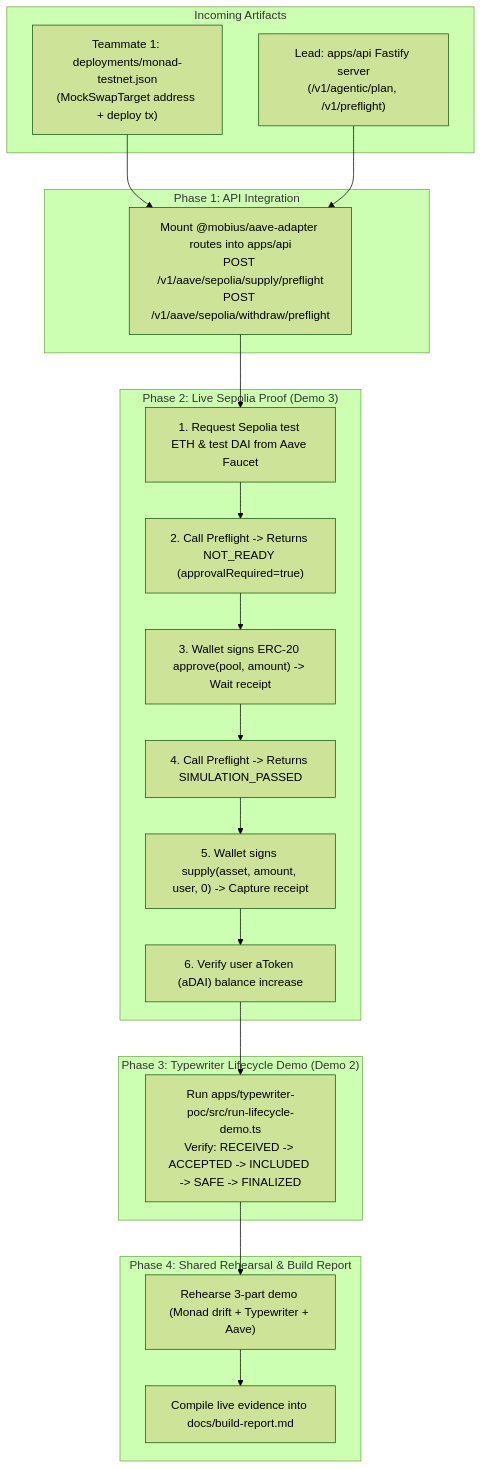
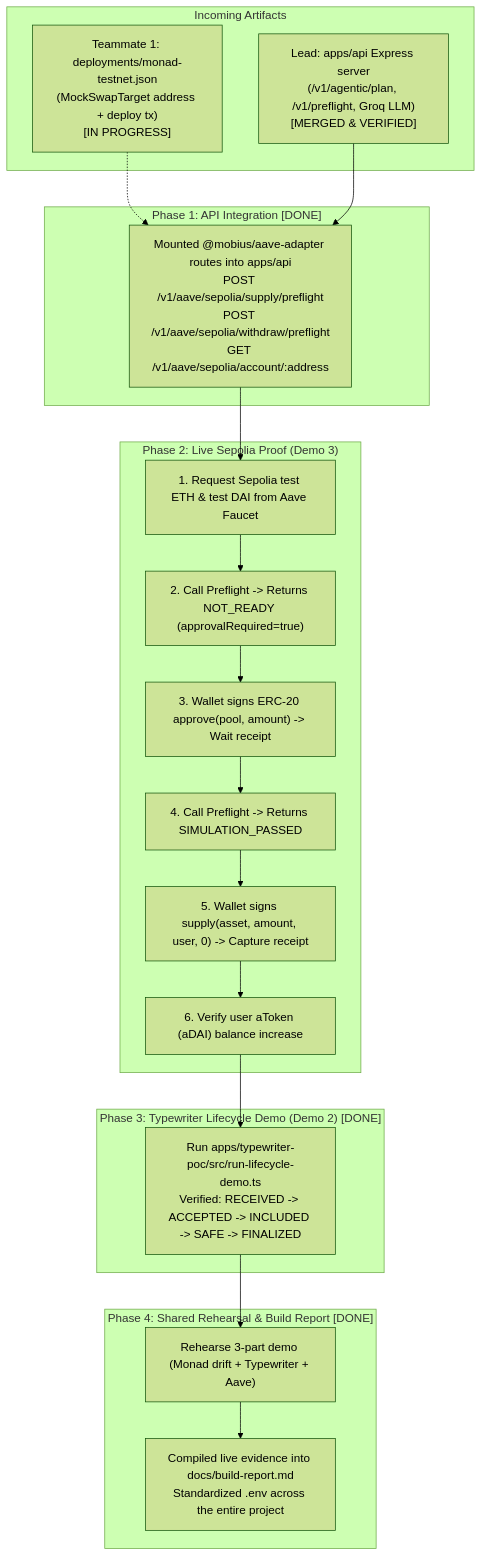
One commit to Sayandeep-the-coder/Mobius changed the diagram in docs/post-handover-tasks.md. Above: the diagram before and after it, drawn with Mermaid (forest theme). The commit also changed other lines of this file, not shown here.

Commit message:
docs: update post-handover-tasks.md with completed Express Aave integration and environment status

````diff
--- a/docs/post-handover-tasks.md
+++ b/docs/post-handover-tasks.md
@@ -14,36 +15,36 @@
 ```mermaid
 flowchart TD
     subgraph Handover["Incoming Artifacts"]
-        T1["Teammate 1: deployments/monad-testnet.json\n(MockSwapTarget address + deploy tx)"]
-        Lead["Lead: apps/api Fastify server\n(/v1/agentic/plan, /v1/preflight)"]
+        T1["Teammate 1: deployments/monad-testnet.json\n(MockSwapTarget address + deploy tx)\n[IN PROGRESS]"]
+        Lead["Lead: apps/api Express server\n(/v1/agentic/plan, /v1/preflight, Groq LLM)\n[MERGED & VERIFIED]"]
     end
 
-    subgraph Phase1["Phase 1: API Integration"]
-        Mount["Mount @mobius/aave-adapter routes into apps/api\nPOST /v1/aave/sepolia/supply/preflight\nPOST /v1/aave/sepolia/withdraw/preflight"]
+    subgraph Phase1["Phase 1: API Integration [DONE]"]
+        Mount["Mounted @mobius/aave-adapter routes into apps/api\nPOST /v1/aave/sepolia/supply/preflight\nPOST /v1/aave/sepolia/withdraw/preflight\nGET /v1/aave/sepolia/account/:address"]
     end
 
     subgraph Phase2["Phase 2: Live Sepolia Proof (Demo 3)"]
         Faucet["1. Request Sepolia test ETH & test DAI from Aave Faucet"]
         Preflight1["2. Call Preflight -> Returns NOT_READY (approvalRequired=true)"]
         Approve["3. Wallet signs ERC-20 approve(pool, amount) -> Wait receipt"]
         Preflight2["4. Call Preflight -> Returns SIMULATION_PASSED"]
         Supply["5. Wallet signs supply(asset, amount, user, 0) -> Capture receipt"]
         Verify["6. Verify user aToken (aDAI) balance increase"]
     end
 
-    subgraph Phase3["Phase 3: Typewriter Lifecycle Demo (Demo 2)"]
-        Typewriter["Run apps/typewriter-poc/src/run-lifecycle-demo.ts\nVerify: RECEIVED -> ACCEPTED -> INCLUDED -> SAFE -> FINALIZED"]
+    subgraph Phase3["Phase 3: Typewriter Lifecycle Demo (Demo 2) [DONE]"]
+        Typewriter["Run apps/typewriter-poc/src/run-lifecycle-demo.ts\nVerified: RECEIVED -> ACCEPTED -> INCLUDED -> SAFE -> FINALIZED"]
     end
 
-    subgraph Phase4["Phase 4: Shared Rehearsal & Build Report"]
+    subgraph Phase4["Phase 4: Shared Rehearsal & Build Report [DONE]"]
         Rehearse["Rehearse 3-part demo (Monad drift + Typewriter + Aave)"]
-        Report["Compile live evidence into docs/build-report.md"]
+        Report["Compiled live evidence into docs/build-report.md\nStandardized .env across the entire project"]
     end
 
-    T1 --> Mount
+    T1 -.-> Mount
     Lead --> Mount
     Mount --> Faucet
     Faucet --> Preflight1 --> Approve --> Preflight2 --> Supply --> Verify
     Verify --> Typewriter
     Typewriter --> Rehearse --> Report
 ```
````
